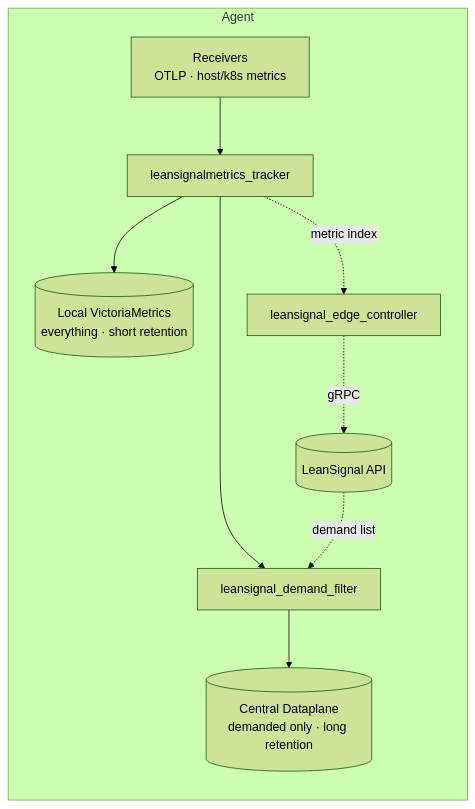
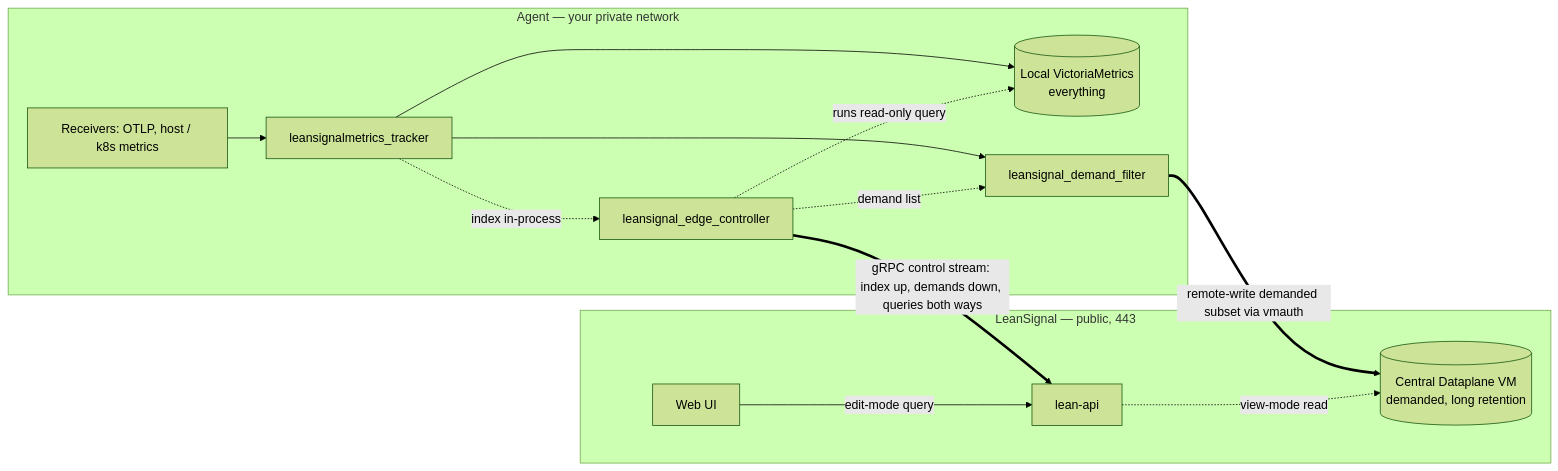
One commit to LeanSignal/leansignal-agent changed the diagram in README.md. Above: the diagram before and after it, drawn with Mermaid (forest theme). The commit also changed other lines of this file and 7 other files, not shown here.

````diff
--- a/README.md
+++ b/README.md
@@ -18,12 +23,21 @@
 ```mermaid
 flowchart LR
-  subgraph host[Agent]
-    R[Receivers<br/>OTLP · host/k8s metrics] --> T[leansignalmetrics_tracker]
-    T --> L[(Local VictoriaMetrics<br/>everything · short retention)]
-    T --> F[leansignal_demand_filter]
-    F --> D[(Central Dataplane<br/>demanded only · long retention)]
-    EC[leansignal_edge_controller] -. gRPC .-> API[(LeanSignal API)]
-    T -. metric index .-> EC
-    API -. demand list .-> F
+  subgraph agent["Agent — your private network"]
+    R["Receivers: OTLP, host / k8s metrics"] --> T["leansignalmetrics_tracker"]
+    T --> L[("Local VictoriaMetrics<br/>everything")]
+    T --> F["leansignal_demand_filter"]
+    EC["leansignal_edge_controller"]
+    T -.->|index in-process| EC
+    EC -.->|demand list| F
+    EC -.->|runs read-only query| L
   end
+  subgraph cloud["LeanSignal — public, 443"]
+    API["lean-api"]
+    VM[("Central Dataplane VM<br/>demanded, long retention")]
+    UI["Web UI"]
+  end
+  EC ==>|gRPC control stream: index up, demands down, queries both ways| API
+  F ==>|remote-write demanded subset via vmauth| VM
+  UI -->|edit-mode query| API
+  API -.->|view-mode read| VM
 ```
````
